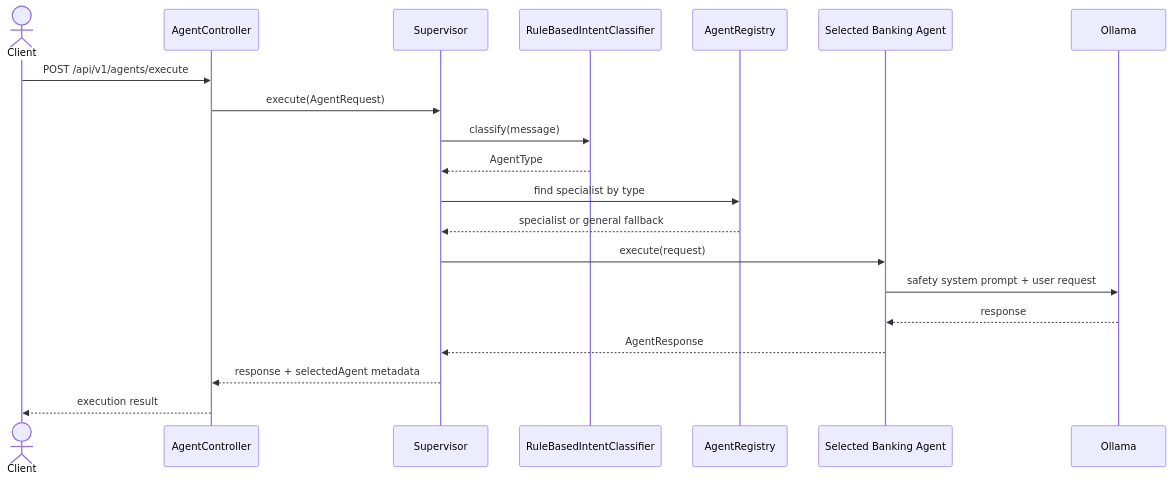
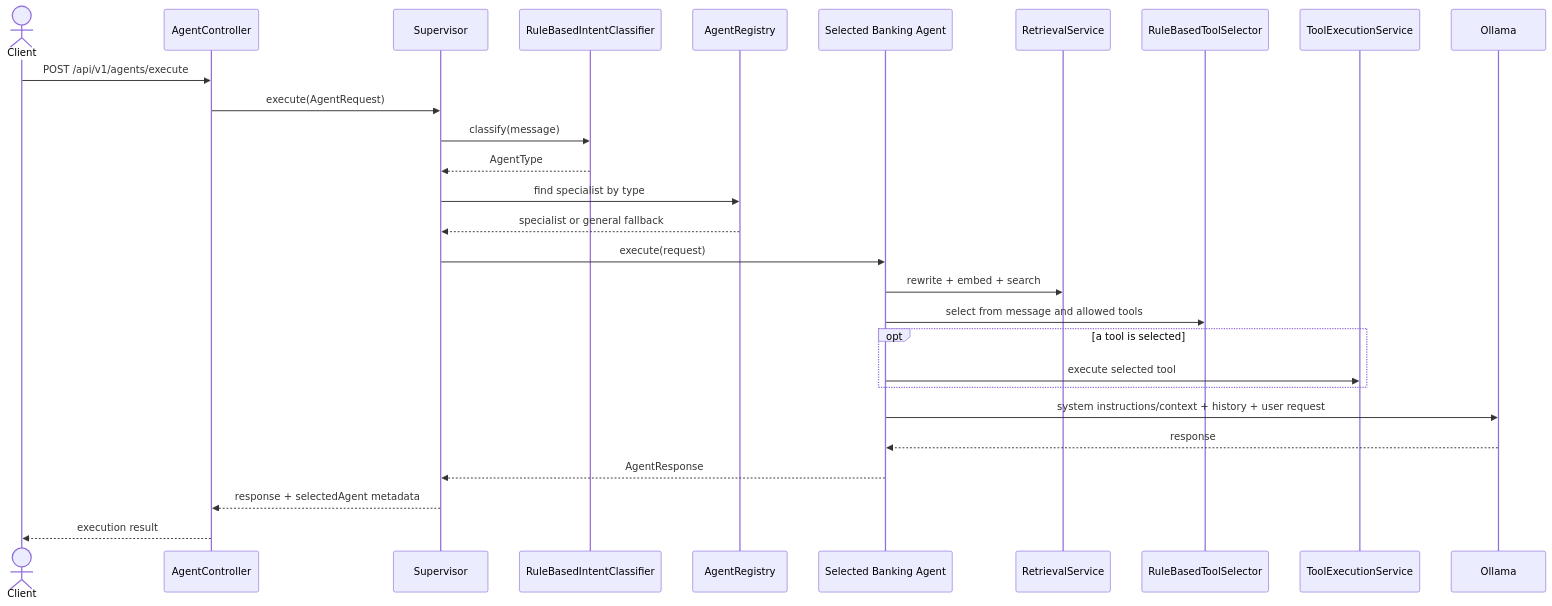
The fifth of 8 diagrams in docs/SEQUENCE_AND_WORKFLOWS.md (rawalpuneet1209/ai-foundry), drawn with Mermaid before and after one commit. The commit also changed other lines of this file and 33 other files, not shown here.

````diff
--- a/docs/SEQUENCE_AND_WORKFLOWS.md
+++ b/docs/SEQUENCE_AND_WORKFLOWS.md
@@ -151,23 +151,31 @@
 ```mermaid
 sequenceDiagram
     actor Client
     participant API as AgentController
     participant Supervisor
     participant Classifier as RuleBasedIntentClassifier
     participant Registry as AgentRegistry
     participant Specialist as Selected Banking Agent
+    participant Retrieval as RetrievalService
+    participant Selector as RuleBasedToolSelector
+    participant Tools as ToolExecutionService
     participant Ollama
 
     Client->>API: POST /api/v1/agents/execute
     API->>Supervisor: execute(AgentRequest)
     Supervisor->>Classifier: classify(message)
     Classifier-->>Supervisor: AgentType
     Supervisor->>Registry: find specialist by type
     Registry-->>Supervisor: specialist or general fallback
     Supervisor->>Specialist: execute(request)
-    Specialist->>Ollama: safety system prompt + user request
+    Specialist->>Retrieval: rewrite + embed + search
+    Specialist->>Selector: select from message and allowed tools
+    opt a tool is selected
+        Specialist->>Tools: execute selected tool
+    end
+    Specialist->>Ollama: system instructions/context + history + user request
     Ollama-->>Specialist: response
     Specialist-->>Supervisor: AgentResponse
     Supervisor-->>API: response + selectedAgent metadata
     API-->>Client: execution result
 ```
````
